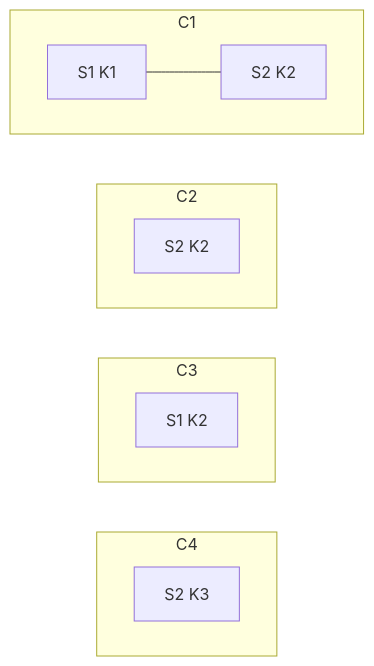
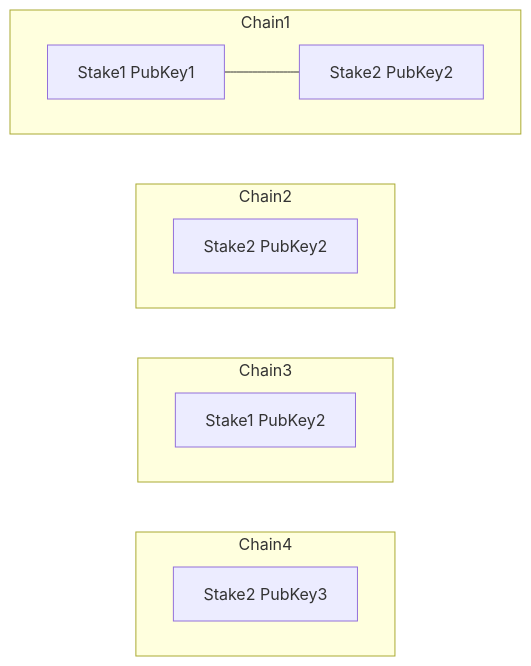
One commit to input-output-hk/catalyst-libs changed the fifth of 5 diagrams in rust/rbac-registration/examples.md. Above: the diagram before and after it, drawn with Mermaid. The commit also changed other lines of this file, not shown here.

````diff
--- a/rust/rbac-registration/examples.md
+++ b/rust/rbac-registration/examples.md
@@ -84,19 +92,19 @@
 ```mermaid
 flowchart LR
-    subgraph C4
+    subgraph Chain4
         direction LR
-        E0[S2 K3]
+        E0[Stake2 PubKey3]
     end
-    subgraph C3
+    subgraph Chain3
         direction LR
-        D0[S1 K2]
+        D0[Stake1 PubKey2]
     end
-    subgraph C2
+    subgraph Chain2
         direction LR
-        B0[S2 K2]
+        B0[Stake2 PubKey2]
     end
-    subgraph C1
+    subgraph Chain1
         direction LR
-        A0[S1 K1] --- A1[S2 K2]
+        A0[Stake1 PubKey1] --- A1[Stake2 PubKey2]
     end
 ```
````
